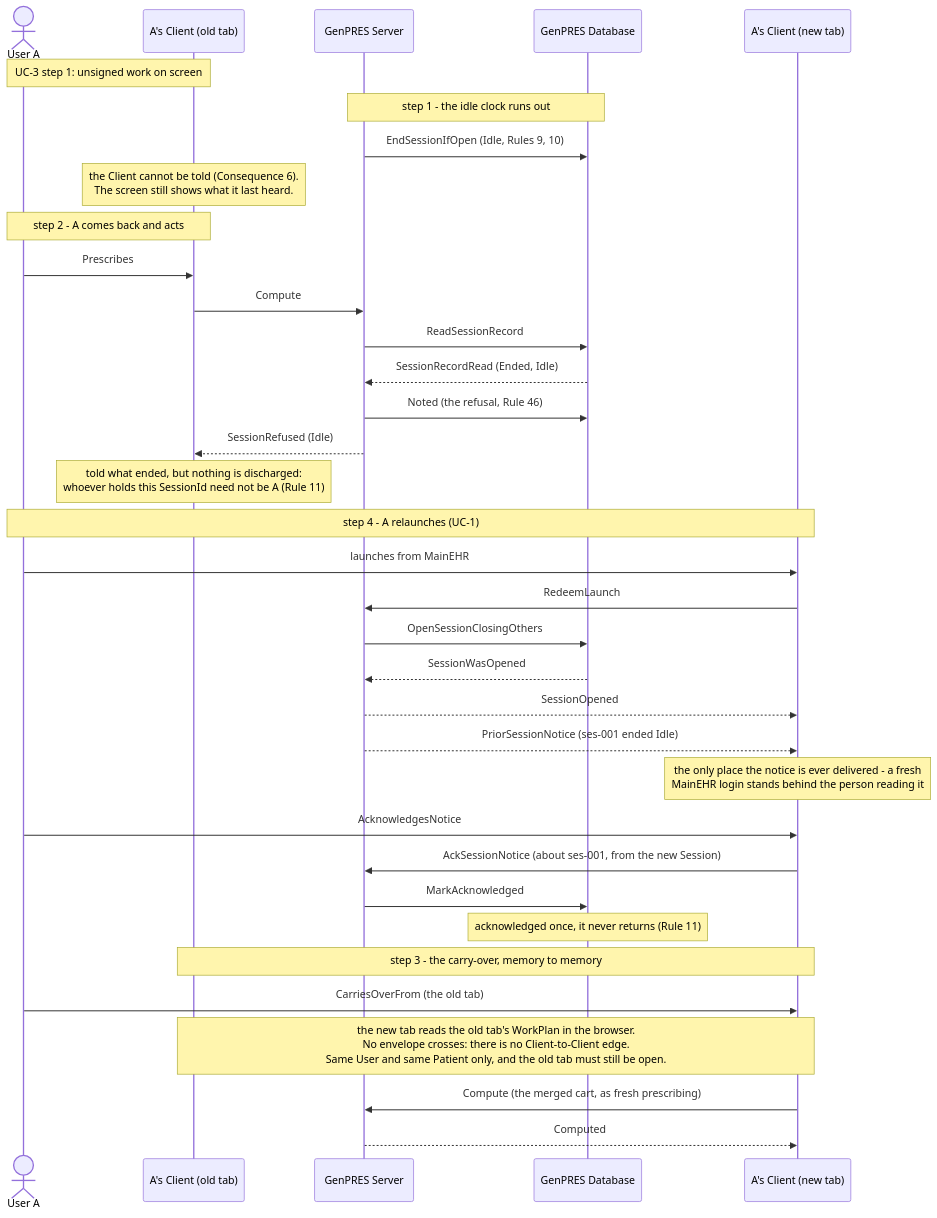
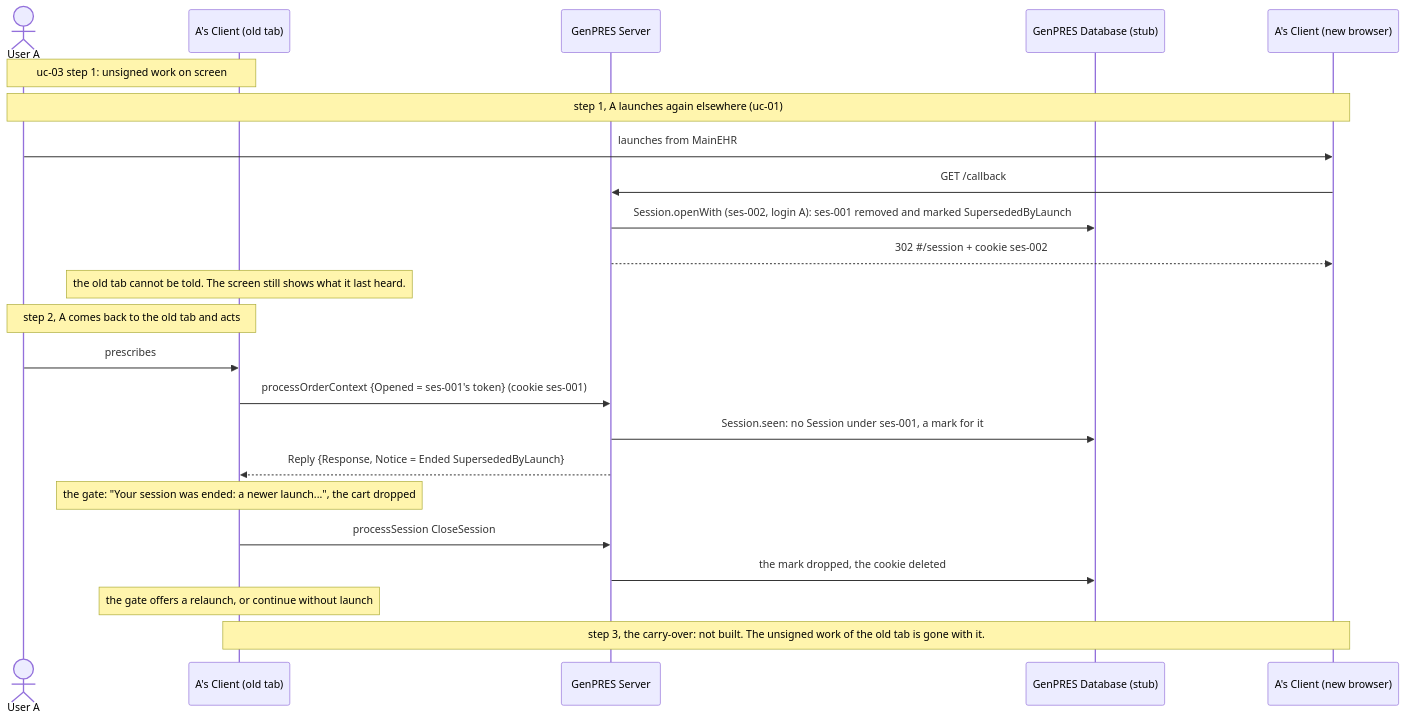
Before and after one commit to informedica/GenPRES: the diagram in docs/scenarios/integration/uc-08-session-ends.md, drawn with Mermaid. The commit also changed other lines of this file and 13 other files, not shown here.

````diff
--- a/docs/scenarios/integration/uc-08-session-ends.md
+++ b/docs/scenarios/integration/uc-08-session-ends.md
@@ -9,43 +13,29 @@
 ```mermaid
 sequenceDiagram
     actor A as User A
     participant C1 as A's Client (old tab)
     participant S as GenPRES Server
-    participant D as GenPRES Database
-    participant C2 as A's Client (new tab)
+    participant D as GenPRES Database (stub)
+    participant C2 as A's Client (new browser)
 
-    Note over A,C1: UC-3 step 1: unsigned work on screen
+    Note over A,C1: uc-03 step 1: unsigned work on screen
 
-    Note over S,D: step 1 - the idle clock runs out
-    S->>D: EndSessionIfOpen (Idle, Rules 9, 10)
-    Note over C1: the Client cannot be told (Consequence 6).<br/>The screen still shows what it last heard.
+    Note over A,C2: step 1, A launches again elsewhere (uc-01)
+    A->>C2: launches from MainEHR
+    C2->>S: GET /callback
+    S->>D: Session.openWith (ses-002, login A): ses-001 removed and marked SupersededByLaunch
+    S-->>C2: 302 #35;/session + cookie ses-002
+    Note over C1: the old tab cannot be told. The screen still shows what it last heard.
 
-    Note over A,C1: step 2 - A comes back and acts
-    A->>C1: Prescribes
-    C1->>S: Compute
-    S->>D: ReadSessionRecord
-    D-->>S: SessionRecordRead (Ended, Idle)
-    S->>D: Noted (the refusal, Rule 46)
-    S-->>C1: SessionRefused (Idle)
-    Note over C1: told what ended, but nothing is discharged:<br/>whoever holds this SessionId need not be A (Rule 11)
+    Note over A,C1: step 2, A comes back to the old tab and acts
+    A->>C1: prescribes
+    C1->>S: processOrderContext {Opened = ses-001's token} (cookie ses-001)
+    S->>D: Session.seen: no Session under ses-001, a mark for it
+    S-->>C1: Reply {Response, Notice = Ended SupersededByLaunch}
+    Note over C1: the gate: "Your session was ended: a newer launch...", the cart dropped
+    C1->>S: processSession CloseSession
+    S->>D: the mark dropped, the cookie deleted
+    Note over C1: the gate offers a relaunch, or continue without launch
 
-    Note over A,C2: step 4 - A relaunches (UC-1)
-    A->>C2: launches from MainEHR
-    C2->>S: RedeemLaunch
-    S->>D: OpenSessionClosingOthers
-    D-->>S: SessionWasOpened
-    S-->>C2: SessionOpened
-    S-->>C2: PriorSessionNotice (ses-001 ended Idle)
-    Note over C2: the only place the notice is ever delivered - a fresh<br/>MainEHR login stands behind the person reading it
-
-    A->>C2: AcknowledgesNotice
-    C2->>S: AckSessionNotice (about ses-001, from the new Session)
-    S->>D: MarkAcknowledged
-    Note over D: acknowledged once, it never returns (Rule 11)
-
-    Note over C1,C2: step 3 - the carry-over, memory to memory
-    A->>C2: CarriesOverFrom (the old tab)
-    Note over C1,C2: the new tab reads the old tab's WorkPlan in the browser.<br/>No envelope crosses: there is no Client-to-Client edge.<br/>Same User and same Patient only, and the old tab must still be open.
-    C2->>S: Compute (the merged cart, as fresh prescribing)
-    S-->>C2: Computed
+    Note over C1,C2: step 3, the carry-over: not built. The unsigned work of the old tab is gone with it.
 ```
````
